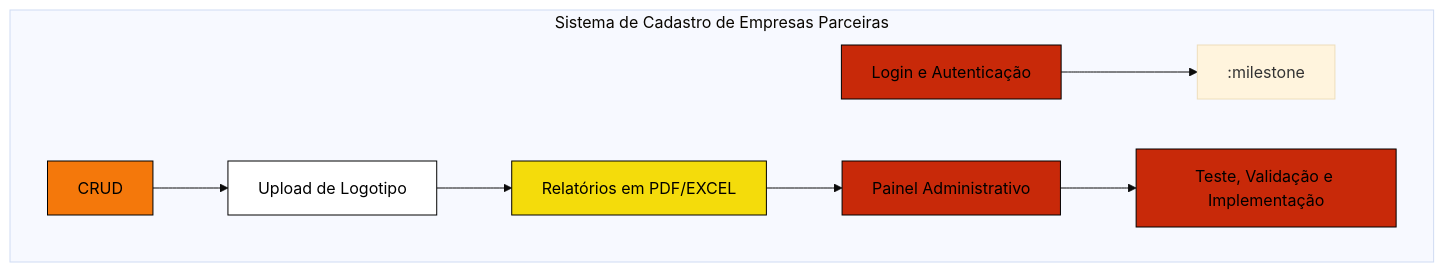
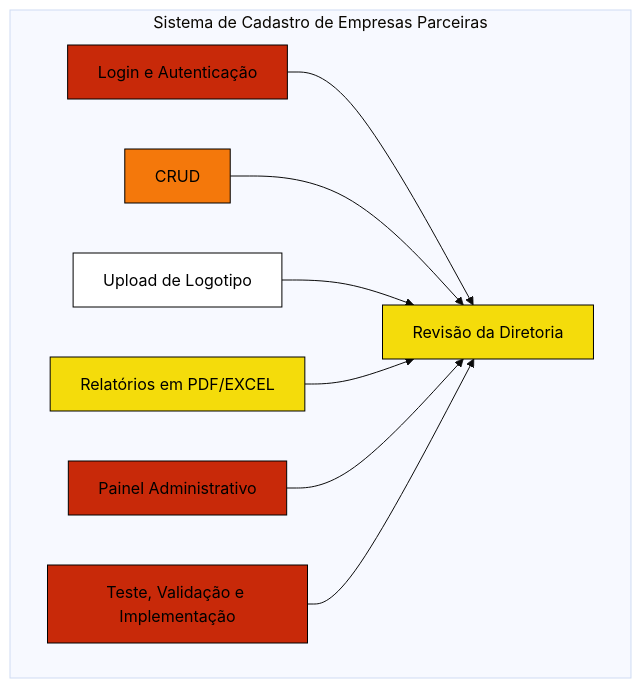
The second of 2 diagrams in ATIVIDADE1.md (MaxPichy/teste_gannt3), drawn with Mermaid (base theme) before and after one commit.

````diff
--- a/ATIVIDADE1.md
+++ b/ATIVIDADE1.md
@@ -35,22 +35,17 @@
 ```mermaid
 graph TD
 
     classDef white color:#000, fill:#FFF, stroke:#000, stroke-width:1px;
     classDef yellow color:#000, fill:#F4DC0B, stroke:#000, stroke-width:1px;
     classDef orange color:#000, fill:#F4780B, stroke:#000, stroke-width:1px;
     classDef red color:#000, fill:#C82909, stroke:#000, stroke-width:1px;
 
     subgraph Sistema de Cadastro de Empresas Parceiras
-        A1["Login e Autenticação"]:::red-->
-        :milestone
-        A2["CRUD"]:::orange-->
-
-        A3["Upload de Logotipo"]:::white-->
-
-        A4["Relatórios em PDF/EXCEL"]:::yellow-->
-
-        A5["Painel Administrativo"]:::red-->
-
-        A6["Teste, Validação e Implementação"]:::red
+        A1["Login e Autenticação"]:::red-->             B1["Revisão da Diretoria"]:::yellow
+        A2["CRUD"]:::orange-->                          B1["Revisão da Diretoria"]:::yellow
+        A3["Upload de Logotipo"]:::white-->             B1["Revisão da Diretoria"]:::yellow
+        A4["Relatórios em PDF/EXCEL"]:::yellow-->       B1["Revisão da Diretoria"]:::yellow
+        A5["Painel Administrativo"]:::red-->            B1["Revisão da Diretoria"]:::yellow
+        A6["Teste, Validação e Implementação"]:::red--> B1["Revisão da Diretoria"]:::yellow
     end
 ```
````
